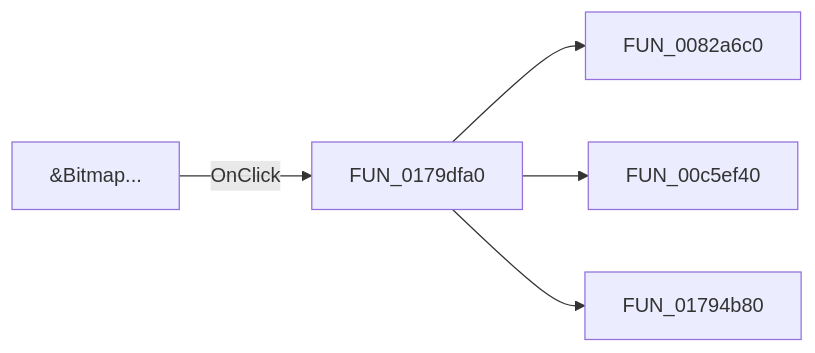
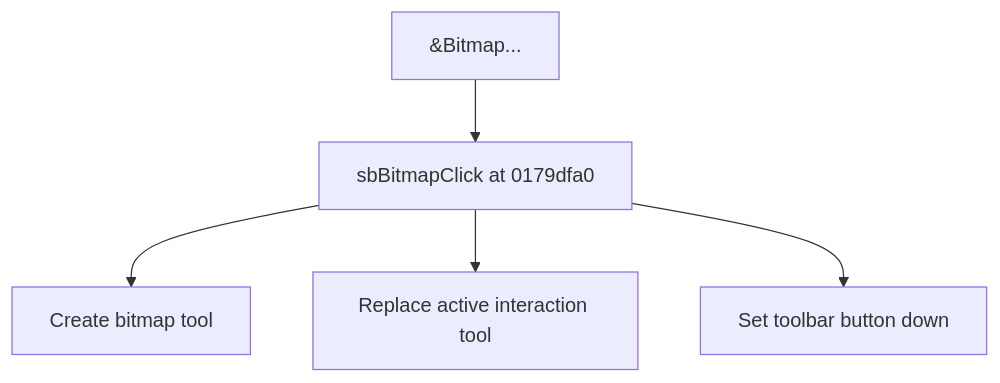
One commit to MovGP0/TIARA changed the diagram in docs/ui-controls/shapeedit/mnubitmap-8bfb94a04c.md. Above: the diagram before and after it, drawn with Mermaid. The commit also changed other lines of this file and 1062 other files, not shown here.

````diff
--- a/docs/ui-controls/shapeedit/mnubitmap-8bfb94a04c.md
+++ b/docs/ui-controls/shapeedit/mnubitmap-8bfb94a04c.md
@@ -27,7 +27,7 @@
 ```mermaid
-flowchart LR
-    control["&Bitmap..."] -->|OnClick| handler["FUN_0179dfa0"]
-    handler --> call1["FUN_0082a6c0"]
-    handler --> call2["FUN_00c5ef40"]
-    handler --> call3["FUN_01794b80"]
+flowchart TD
+    control["&Bitmap..."] --> handler["sbBitmapClick at 0179dfa0"]
+    handler --> step1["Create bitmap tool"]
+    handler --> step2["Replace active interaction tool"]
+    handler --> step3["Set toolbar button down"]
 ```
````
